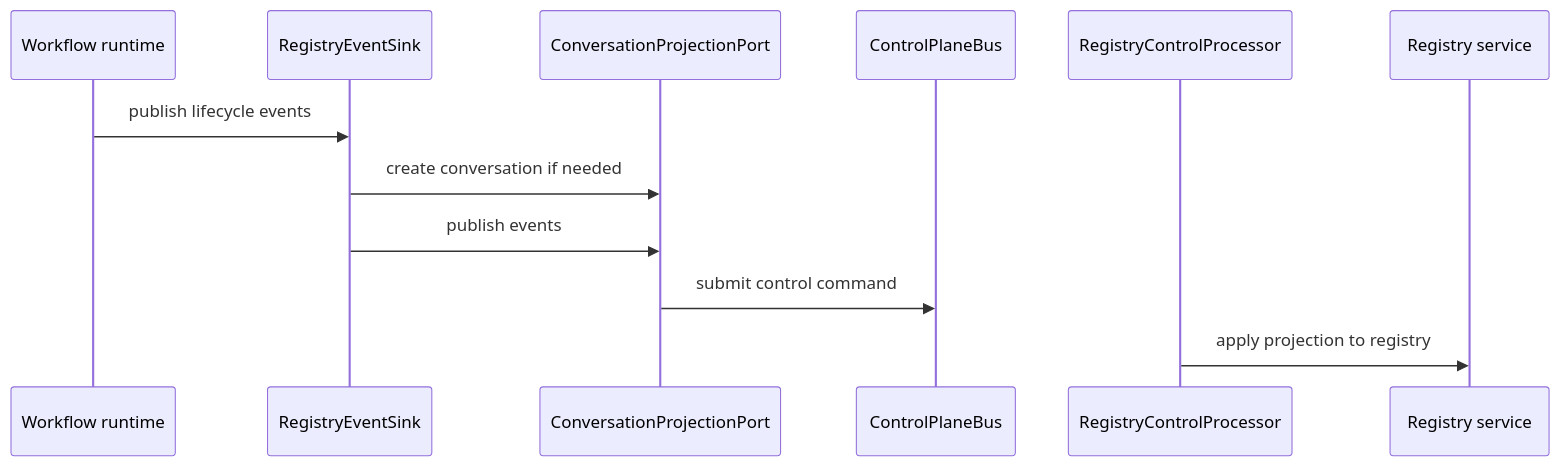
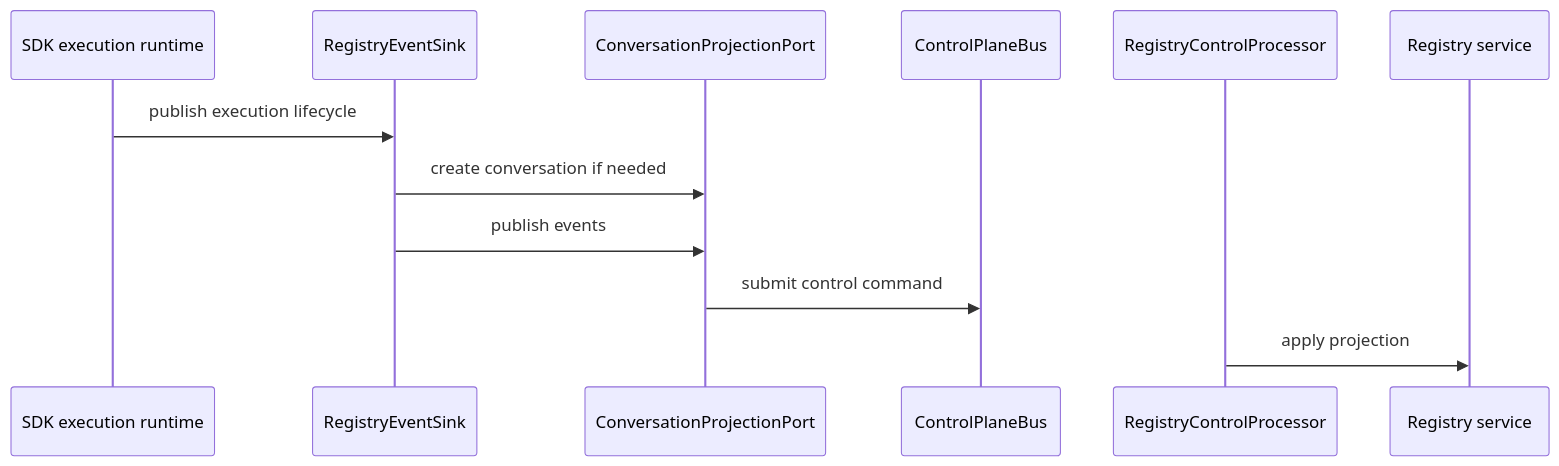
One commit to privacynow/octopus changed the third of 4 diagrams in ARCHITECTURE.md. Above: the diagram before and after it, drawn with Mermaid. The commit also changed other lines of this file, not shown here.

````diff
--- a/ARCHITECTURE.md
+++ b/ARCHITECTURE.md
@@ -349,15 +271,15 @@
 ```mermaid
 sequenceDiagram
-    participant WF as Workflow runtime
+    participant Exec as SDK execution runtime
     participant Sink as RegistryEventSink
-    participant CP as ConversationProjectionPort
+    participant Port as ConversationProjectionPort
     participant Bus as ControlPlaneBus
     participant Proc as RegistryControlProcessor
     participant Reg as Registry service
 
-    WF->>Sink: publish lifecycle events
-    Sink->>CP: create conversation if needed
-    Sink->>CP: publish events
-    CP->>Bus: submit control command
-    Proc->>Reg: apply projection to registry
+    Exec->>Sink: publish execution lifecycle
+    Sink->>Port: create conversation if needed
+    Sink->>Port: publish events
+    Port->>Bus: submit control command
+    Proc->>Reg: apply projection
 ```
````
